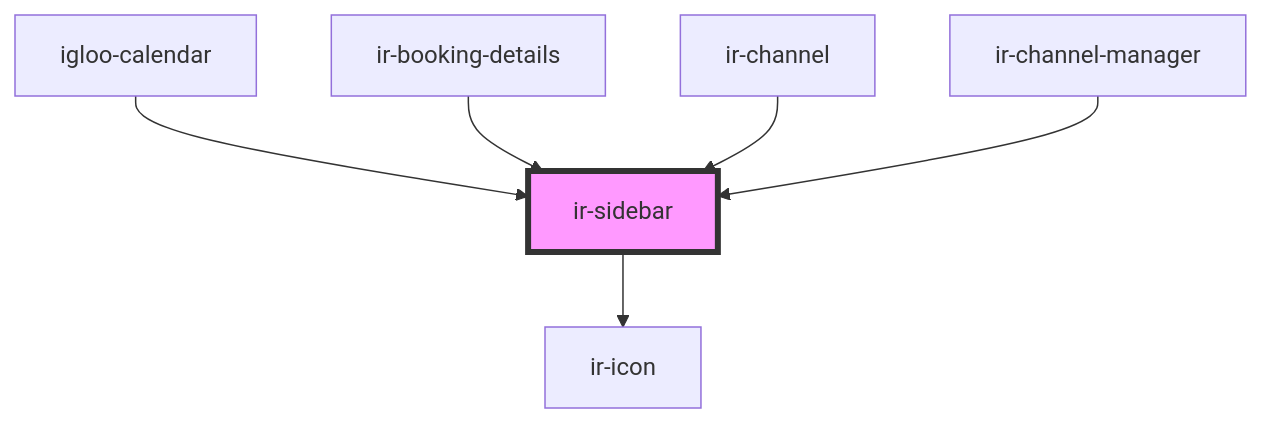
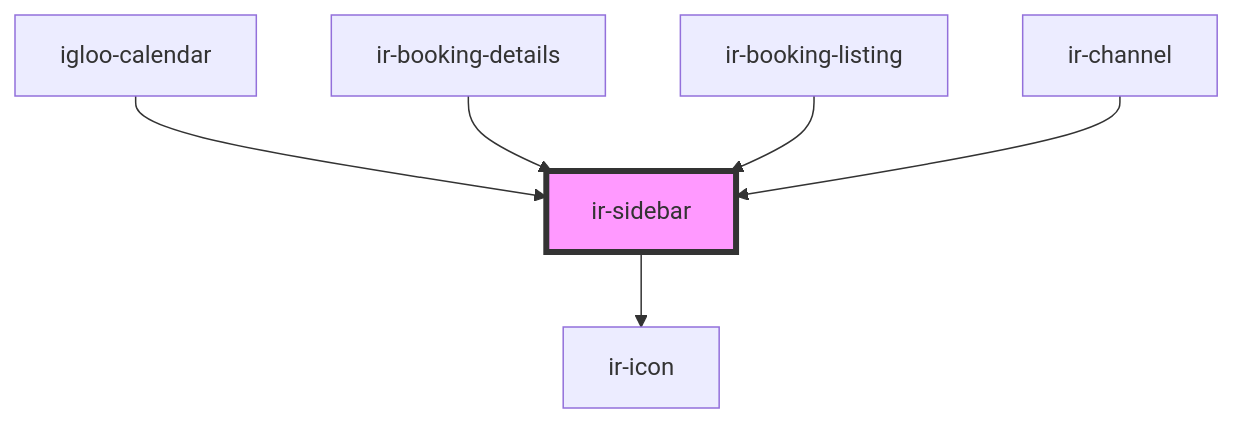
The diagram in src/components/ir-sidebar/readme.md (David1Chowaifaty/modified-ir-webcmp), drawn with Mermaid before and after one commit. The commit also changed other lines of this file and 47 other files, not shown here.

Commit message:
still working on the booking listing

````diff
--- a/src/components/ir-sidebar/readme.md
+++ b/src/components/ir-sidebar/readme.md
@@ -53,9 +53,9 @@
 ```mermaid
 graph TD;
   ir-sidebar --> ir-icon
   igloo-calendar --> ir-sidebar
   ir-booking-details --> ir-sidebar
+  ir-booking-listing --> ir-sidebar
   ir-channel --> ir-sidebar
-  ir-channel-manager --> ir-sidebar
   style ir-sidebar fill:#f9f,stroke:#333,stroke-width:4px
 ```
````
